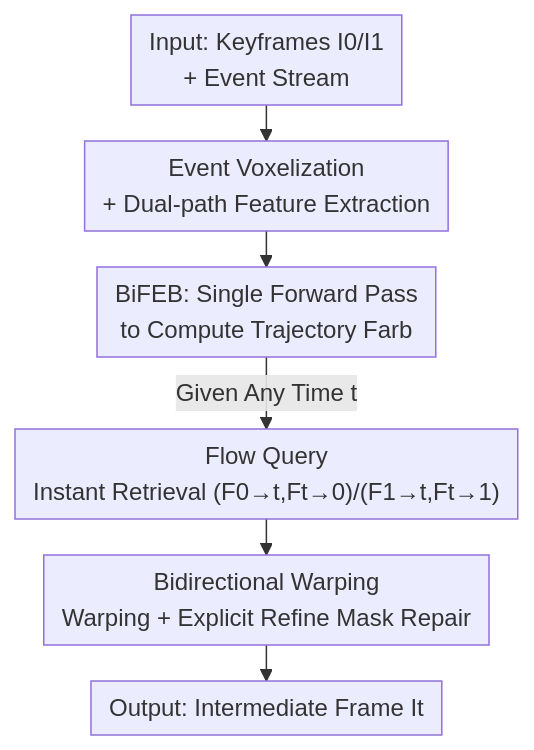
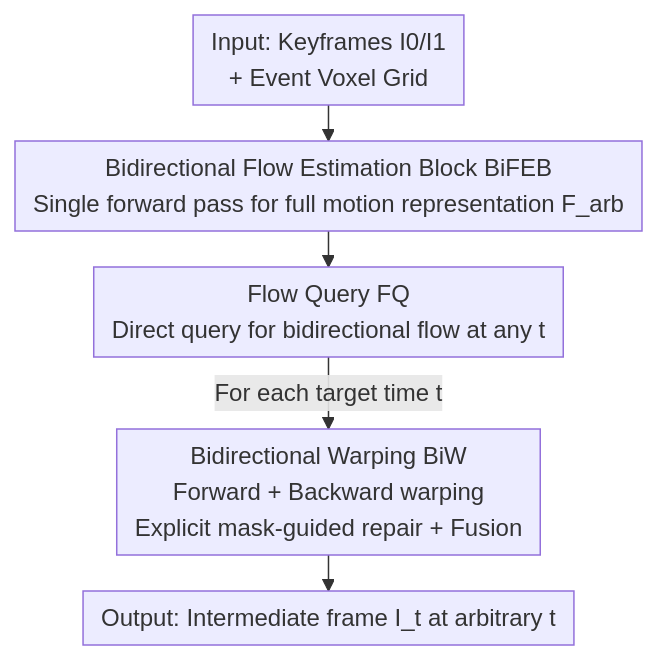
One commit to zhaoyang97/Paper-Notes-en changed the diagram in docs/CVPR2026/video_understanding/one-shot_flow_any-time_frame_a_bidirectional_warping_framework_for_event-based_v.md. Above: the diagram before and after it, drawn with Mermaid. The commit also changed other lines of this file and 2114 other files, not shown here.

````diff
--- a/docs/CVPR2026/video_understanding/one-shot_flow_any-time_frame_a_bidirectional_warping_framework_for_event-based_v.md
+++ b/docs/CVPR2026/video_understanding/one-shot_flow_any-time_frame_a_bidirectional_warping_framework_for_event-based_v.md
@@ -40,9 +43,8 @@
 ```mermaid
 %%{init: {'flowchart': {'rankSpacing': 24, 'nodeSpacing': 28, 'padding': 6, 'wrappingWidth': 400}}}%%
 flowchart TD
-    A["Input: Keyframes I0/I1<br/>+ Event Stream"] --> B["Event Voxelization<br/>+ Dual-path Feature Extraction"]
-    B --> C["BiFEB: Single Forward Pass<br/>to Compute Trajectory Farb"]
-    C -->|"Given Any Time t"| D["Flow Query<br/>Instant Retrieval (F0→t,Ft→0)/(F1→t,Ft→1)"]
-    D --> E["Bidirectional Warping<br/>Warping + Explicit Refine Mask Repair"]
-    E --> F["Output: Intermediate Frame It"]
+    A["Input: Keyframes I0/I1<br/>+ Event Voxel Grid"] --> B["Bidirectional Flow Estimation Block BiFEB<br/>Single forward pass for full motion representation F_arb"]
+    B --> C["Flow Query FQ<br/>Direct query for bidirectional flow at any t"]
+    C -->|"For each target time t"| D["Bidirectional Warping BiW<br/>Forward + Backward warping<br/>Explicit mask-guided repair + Fusion"]
+    D --> E["Output: Intermediate frame I_t at arbitrary t"]
 ```
````
